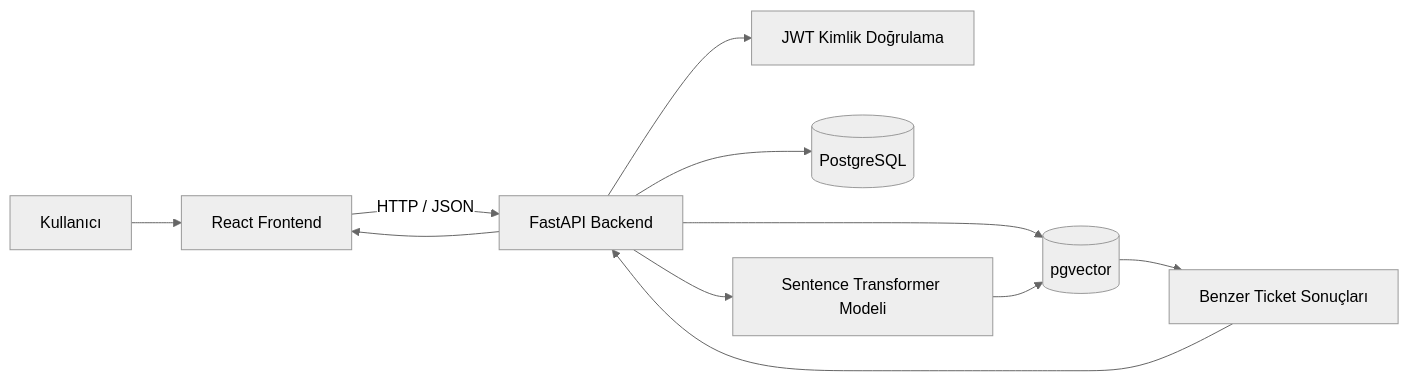
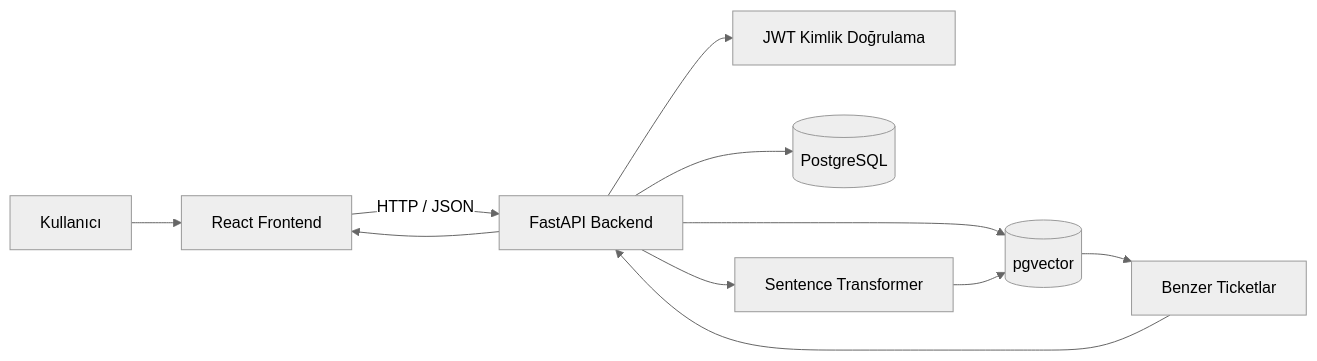
One commit to hypervsec/IntelliDesk changed the diagram in README.md. Above: the diagram before and after it, drawn with Mermaid (neutral theme). The commit also changed other lines of this file, not shown here.

````diff
--- a/README.md
+++ b/README.md
@@ -230,13 +93,13 @@
 ```mermaid
 flowchart LR
     U[Kullanıcı] --> F[React Frontend]
     F -->|HTTP / JSON| B[FastAPI Backend]
     B --> A[JWT Kimlik Doğrulama]
     B --> P[(PostgreSQL)]
     B --> V[(pgvector)]
-    B --> M[Sentence Transformer Modeli]
+    B --> M[Sentence Transformer]
     M --> V
-    V --> R[Benzer Ticket Sonuçları]
+    V --> R[Benzer Ticketlar]
     R --> B
     B --> F
 ```
````
